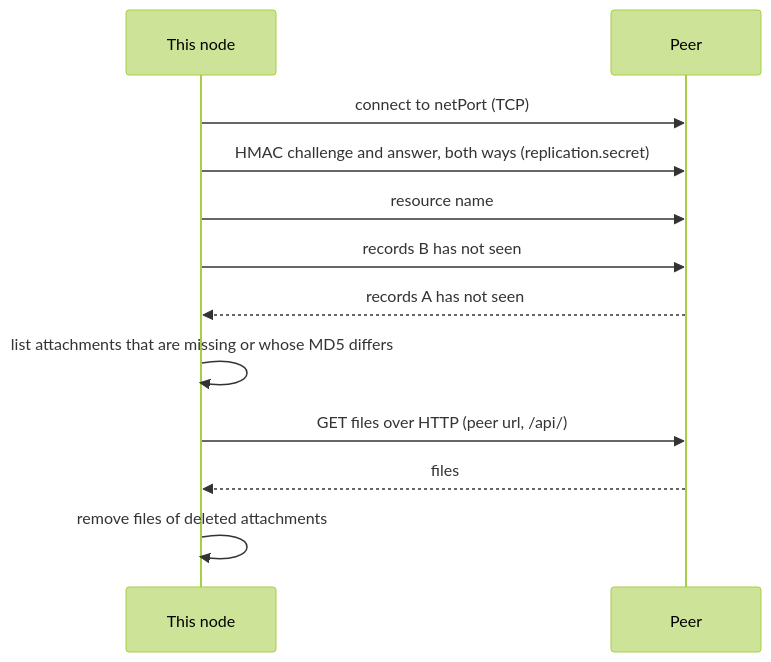
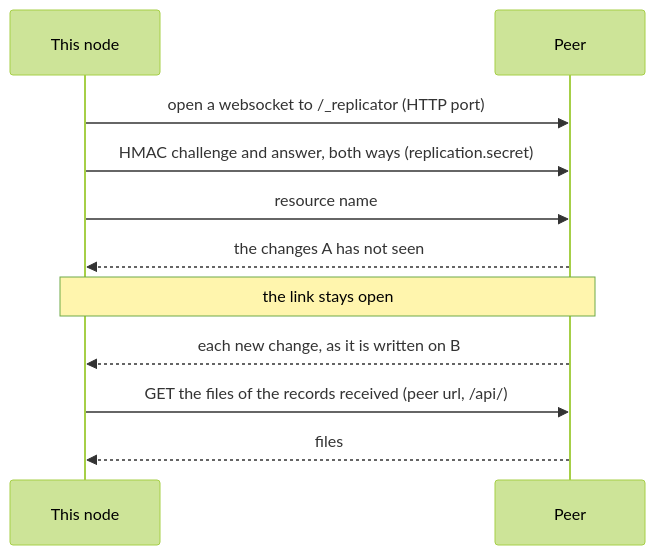
One commit to xiaodoudou/embed-cms changed the first of 2 diagrams in docs/operations/REPLICATION.md. Above: the diagram before and after it, drawn with Mermaid (forest theme). The commit also changed other lines of this file and 62 other files, not shown here.

````diff
--- a/docs/operations/REPLICATION.md
+++ b/docs/operations/REPLICATION.md
@@ -18,14 +18,13 @@
 ```mermaid
 sequenceDiagram
   participant A as This node
   participant B as Peer
-  A->>B: connect to netPort (TCP)
+  A->>B: open a websocket to /_replicator (HTTP port)
   A->>B: HMAC challenge and answer, both ways (replication.secret)
   A->>B: resource name
-  A->>B: records B has not seen
-  B-->>A: records A has not seen
-  A->>A: list attachments that are missing or whose MD5 differs
-  A->>B: GET files over HTTP (peer url, /api/)
+  B-->>A: the changes A has not seen
+  Note over A,B: the link stays open
+  B-->>A: each new change, as it is written on B
+  A->>B: GET the files of the records received (peer url, /api/)
   B-->>A: files
-  A->>A: remove files of deleted attachments
 ```
````
